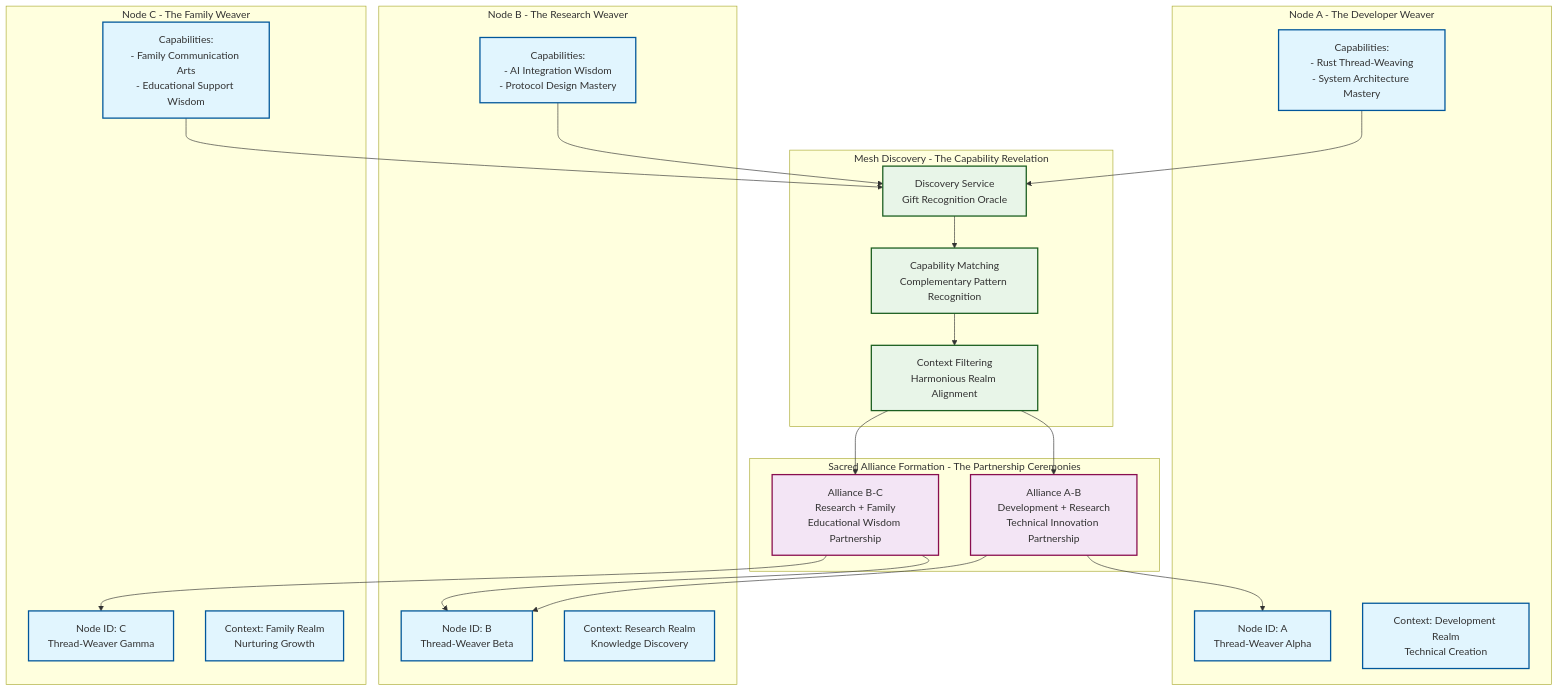
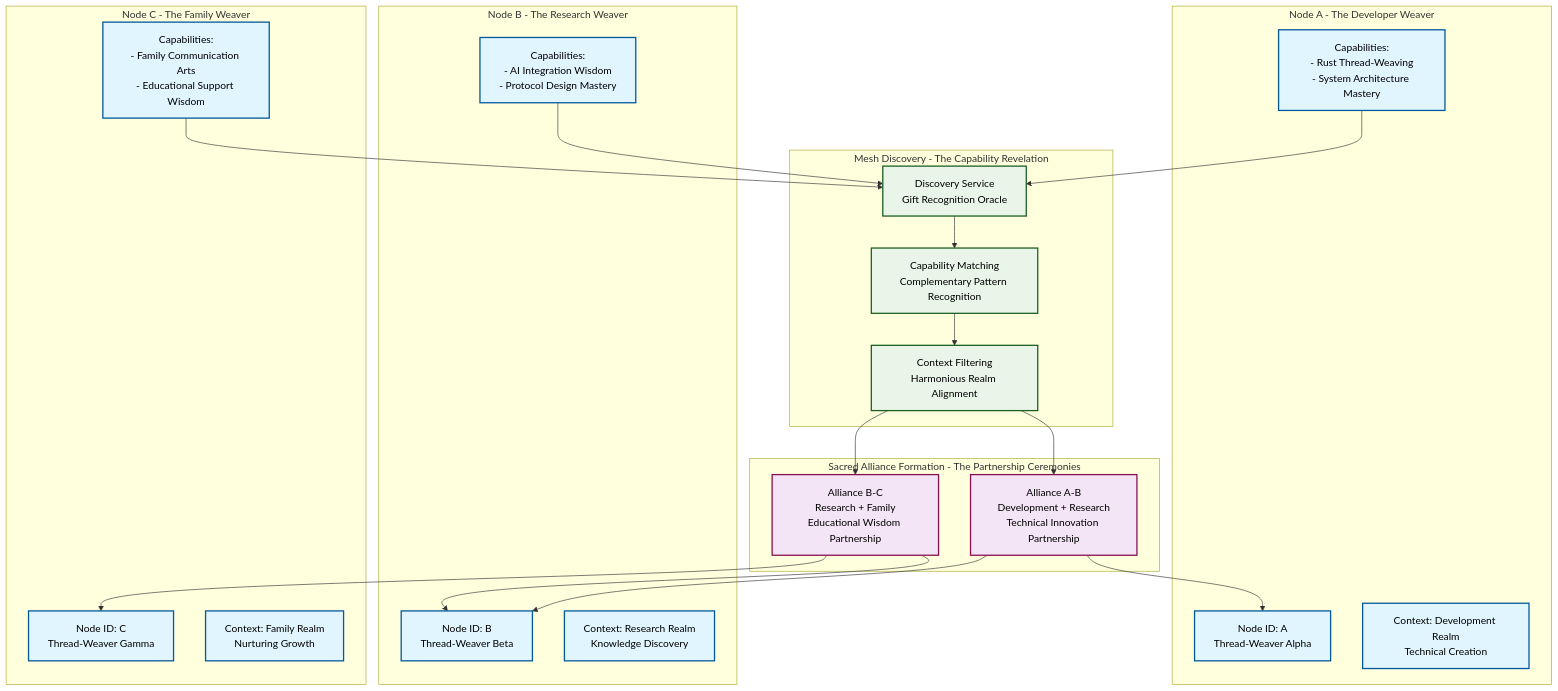
Before and after one commit to BalansCollective/weavemesh-core: the seventh of 10 diagrams in docs/weavemesh-core-architecture-diagrams.md, drawn with Mermaid. The commit also changed other lines of this file and 1 other file, not shown here.

````diff
--- a/docs/weavemesh-core-architecture-diagrams.md
+++ b/docs/weavemesh-core-architecture-diagrams.md
@@ -450,54 +450,54 @@
 ```mermaid
 graph TB
     subgraph "Node A - The Developer Weaver"
         A_ID[Node ID: A<br/>Thread-Weaver Alpha]
         A_CAP[Capabilities:<br/>- Rust Thread-Weaving<br/>- System Architecture Mastery]
         A_CTX[Context: Development Realm<br/>Technical Creation]
     end
     
     subgraph "Node B - The Research Weaver"
         B_ID[Node ID: B<br/>Thread-Weaver Beta]
         B_CAP[Capabilities:<br/>- AI Integration Wisdom<br/>- Protocol Design Mastery]
         B_CTX[Context: Research Realm<br/>Knowledge Discovery]
     end
     
     subgraph "Node C - The Family Weaver"
         C_ID[Node ID: C<br/>Thread-Weaver Gamma]
         C_CAP[Capabilities:<br/>- Family Communication Arts<br/>- Educational Support Wisdom]
         C_CTX[Context: Family Realm<br/>Nurturing Growth]
     end
     
     subgraph "Mesh Discovery - The Capability Revelation"
         DISC[Discovery Service<br/>Gift Recognition Oracle]
         CAP_MATCH[Capability Matching<br/>Complementary Pattern Recognition]
         CTX_FILTER[Context Filtering<br/>Harmonious Realm Alignment]
     end
     
     subgraph "Sacred Alliance Formation - The Partnership Ceremonies"
         SA_AB[Alliance A-B<br/>Development + Research<br/>Technical Innovation Partnership]
         SA_BC[Alliance B-C<br/>Research + Family<br/>Educational Wisdom Partnership]
     end
     
     A_CAP --> DISC
     B_CAP --> DISC
     C_CAP --> DISC
     
     DISC --> CAP_MATCH
     CAP_MATCH --> CTX_FILTER
     
     CTX_FILTER --> SA_AB
     CTX_FILTER --> SA_BC
     
     SA_AB --> A_ID
     SA_AB --> B_ID
     SA_BC --> B_ID
     SA_BC --> C_ID
     
-    classDef node fill:#e1f5fe,stroke:#01579b,stroke-width:2px
-    classDef discovery fill:#e8f5e8,stroke:#1b5e20,stroke-width:2px
-    classDef alliance fill:#f3e5f5,stroke:#880e4f,stroke-width:2px
+    classDef node fill:#e1f5fe,stroke:#01579b,stroke-width:2px,color:#000000
+    classDef discovery fill:#e8f5e8,stroke:#1b5e20,stroke-width:2px,color:#000000
+    classDef alliance fill:#f3e5f5,stroke:#880e4f,stroke-width:2px,color:#000000
     
     class A_ID,A_CAP,A_CTX,B_ID,B_CAP,B_CTX,C_ID,C_CAP,C_CTX node
     class DISC,CAP_MATCH,CTX_FILTER discovery
     class SA_AB,SA_BC alliance
 ```
````
